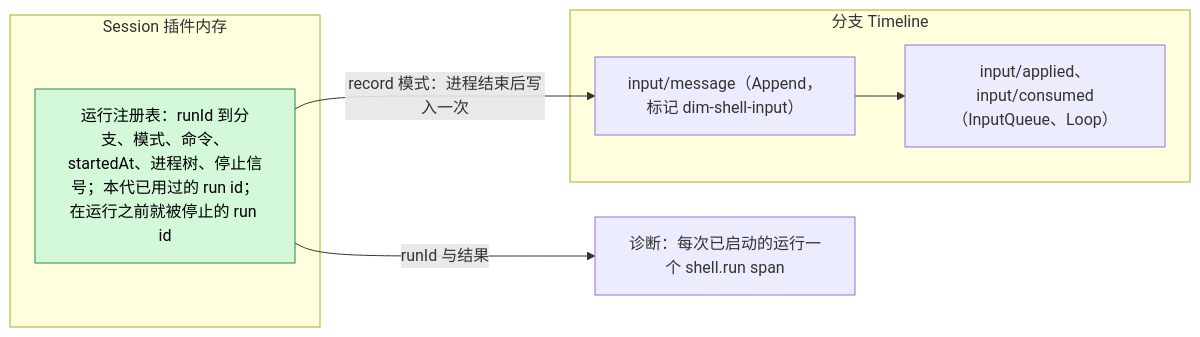
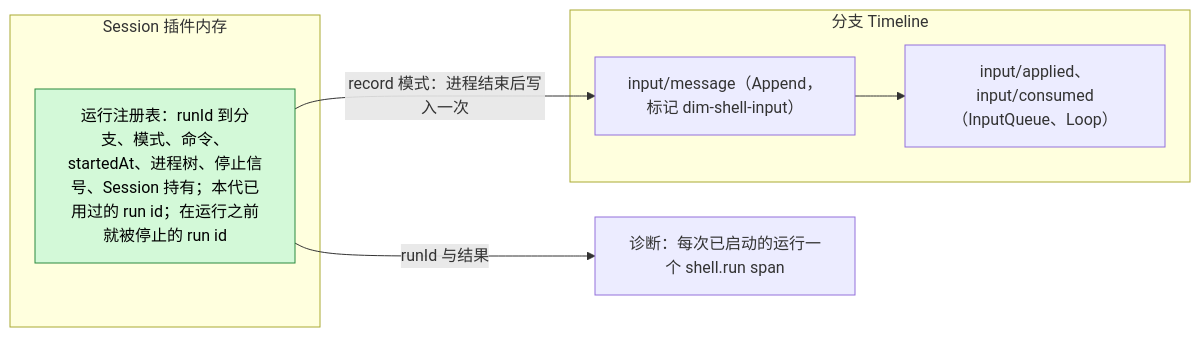
The second of 3 diagrams in docs/zh/design/plugins/ShellInput.md (CoutinhoTTS/dim-agent), drawn with Mermaid before and after one commit. The commit also changed other lines of this file and 7 other files, not shown here.

````diff
--- a/docs/zh/design/plugins/ShellInput.md
+++ b/docs/zh/design/plugins/ShellInput.md
@@ -50,15 +51,15 @@
 ```mermaid
 flowchart LR
   subgraph MEM["Session 插件内存"]
-    RR["运行注册表：runId 到分支、模式、命令、startedAt、进程树、停止信号；本代已用过的 run id；在运行之前就被停止的 run id"]:::new
+    RR["运行注册表：runId 到分支、模式、命令、startedAt、进程树、停止信号、Session 持有；本代已用过的 run id；在运行之前就被停止的 run id"]:::new
   end
   subgraph TL["分支 Timeline"]
     IM["input/message（Append，标记 dim-shell-input）"]
     IA["input/applied、input/consumed（InputQueue、Loop）"]
   end
   DG["诊断：每次已启动的运行一个 shell.run span"]
   RR -- "record 模式：进程结束后写入一次" --> IM
   IM --> IA
   RR -- "runId 与结果" --> DG
   classDef new fill:#d3f9d8,stroke:#2b8a3e,color:#000
 ```
````
